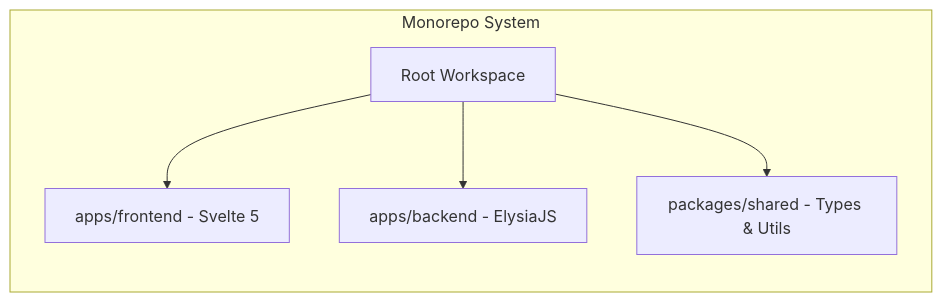
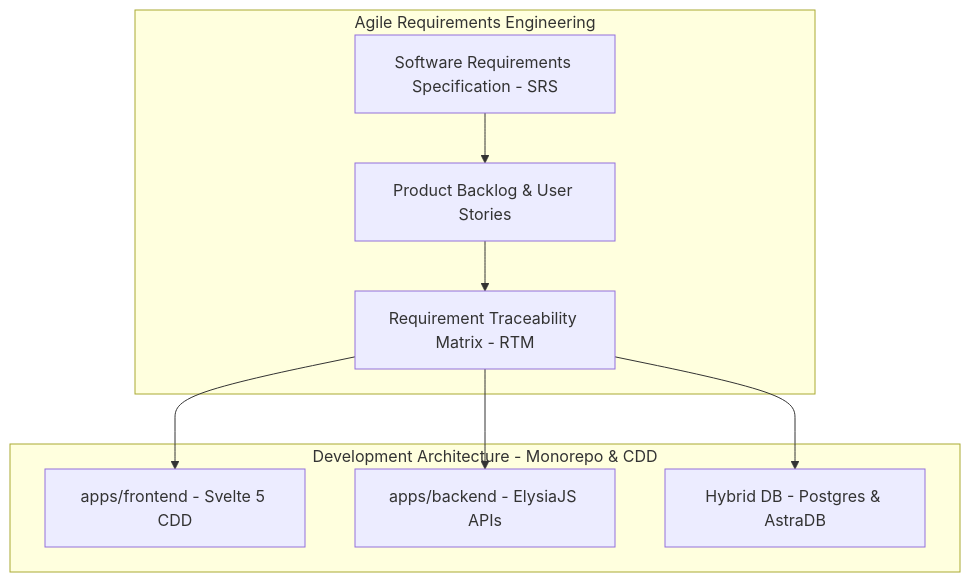
The first of 7 diagrams in TUGAS.md (tsubametaa2nd/siakad-kka), drawn with Mermaid before and after one commit. The commit also changed other lines of this file and 4 other files, not shown here.

````diff
--- a/TUGAS.md
+++ b/TUGAS.md
@@ -50,8 +51,13 @@
 ```mermaid
-graph LR
-    subgraph Monorepo System
-        A[Root Workspace] --> B[apps/frontend - Svelte 5]
-        A --> C[apps/backend - ElysiaJS]
-        A --> D[packages/shared - Types & Utils]
+graph TD
+    subgraph Agile Requirements Engineering
+        A[Software Requirements Specification - SRS] --> B[Product Backlog & User Stories]
+        B --> C[Requirement Traceability Matrix - RTM]
+    end
+
+    subgraph Development Architecture - Monorepo & CDD
+        C --> D[apps/frontend - Svelte 5 CDD]
+        C --> E[apps/backend - ElysiaJS APIs]
+        C --> F[Hybrid DB - Postgres & AstraDB]
     end
 ```
````
